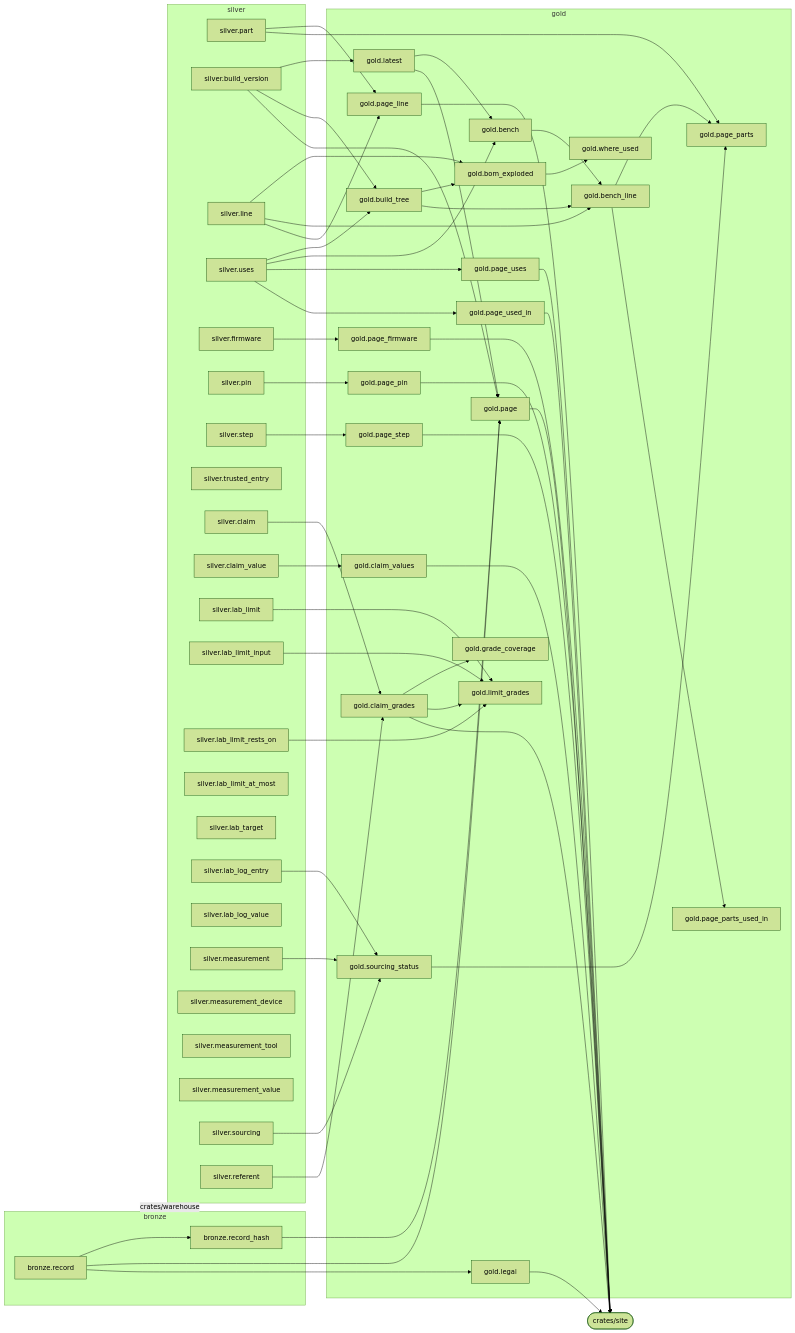
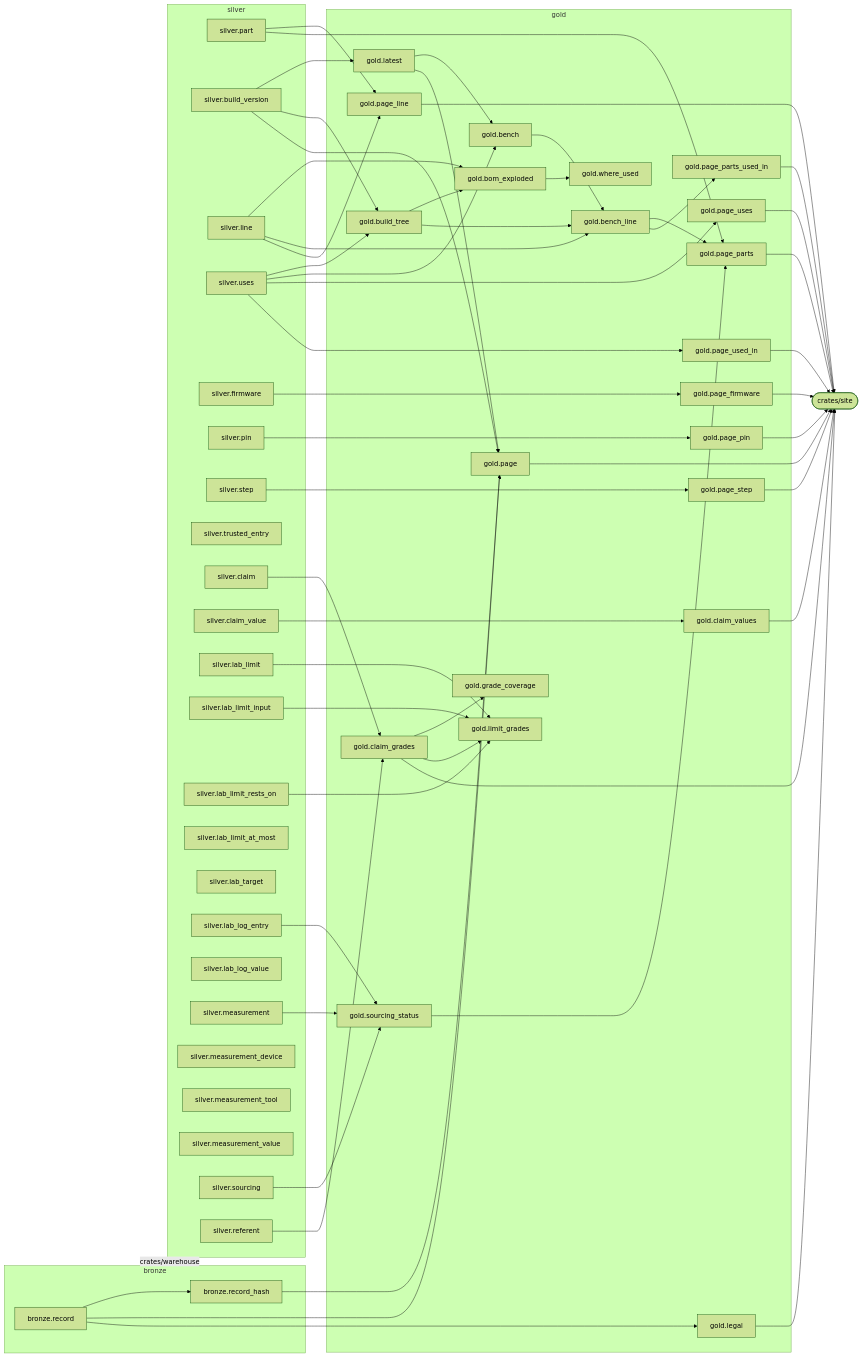
Before and after one commit to via-balaena/tentzhen: the diagram in docs/data-catalogue.md, drawn with Mermaid (forest theme). The commit also changed other lines of this file and 12 other files, not shown here.

First line of the commit message:
Site: a parts page, and PARTS in the nav

````diff
--- a/docs/data-catalogue.md
+++ b/docs/data-catalogue.md
@@ -114,5 +114,7 @@
   gold_page_firmware --> crates_site
   gold_page_pin --> crates_site
   gold_page_step --> crates_site
+  gold_page_parts --> crates_site
+  gold_page_parts_used_in --> crates_site
   gold_legal --> crates_site
 ```
````
